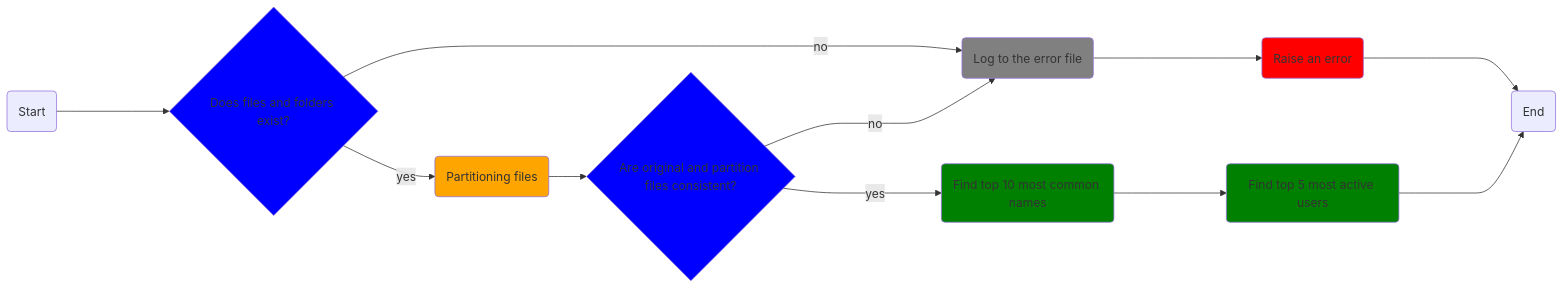
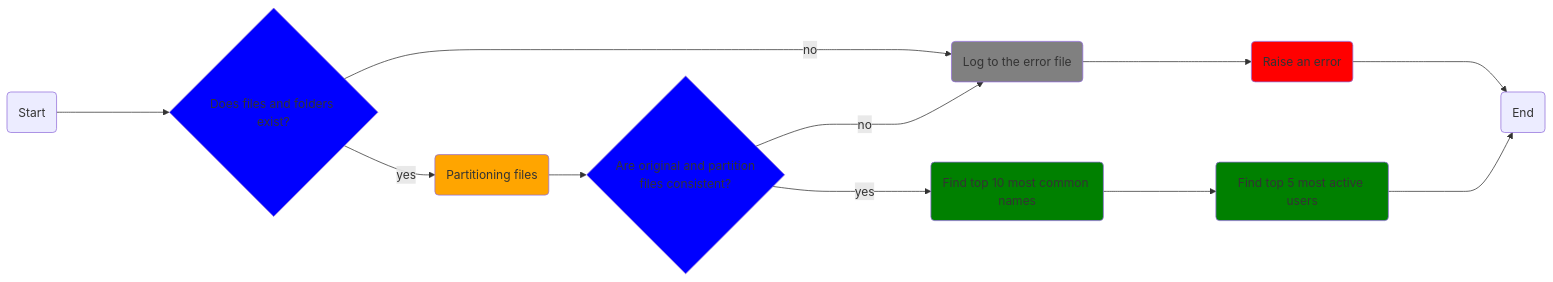
One commit to bbarabadze/DE_Project_1 changed the diagram in readme.md. Above: the diagram before and after it, drawn with Mermaid.

````diff
--- a/readme.md
+++ b/readme.md
@@ -8,31 +8,32 @@
 ```mermaid
 flowchart LR
     S(Start)
     F{Does files and folders exist?}
     style F fill:blue
     LG(Log to the error file)
     style LG fill:gray
     E(Raise an error)
     style E fill:red
     D(Partitioning files)
     style D fill:orange
-    CR{Are original and partition files consistent?}
+    CR{Are original and partition 
+    files consistent?}
     style CR fill:blue
     AN5(Find top 10 most common names)
     style AN5 fill:green
     AN6(Find top 5 most active users)
     style AN6 fill:green
     END(End)
     S ----> F
     F -->|yes| D
     F ---->|no| LG
     D --> CR
     CR ----> |yes| AN5
     CR ----> |no| LG
     LG ----> E
     E ----> END
     AN5 ----> AN6
     AN6 ----> END
 
 
 ```
````
